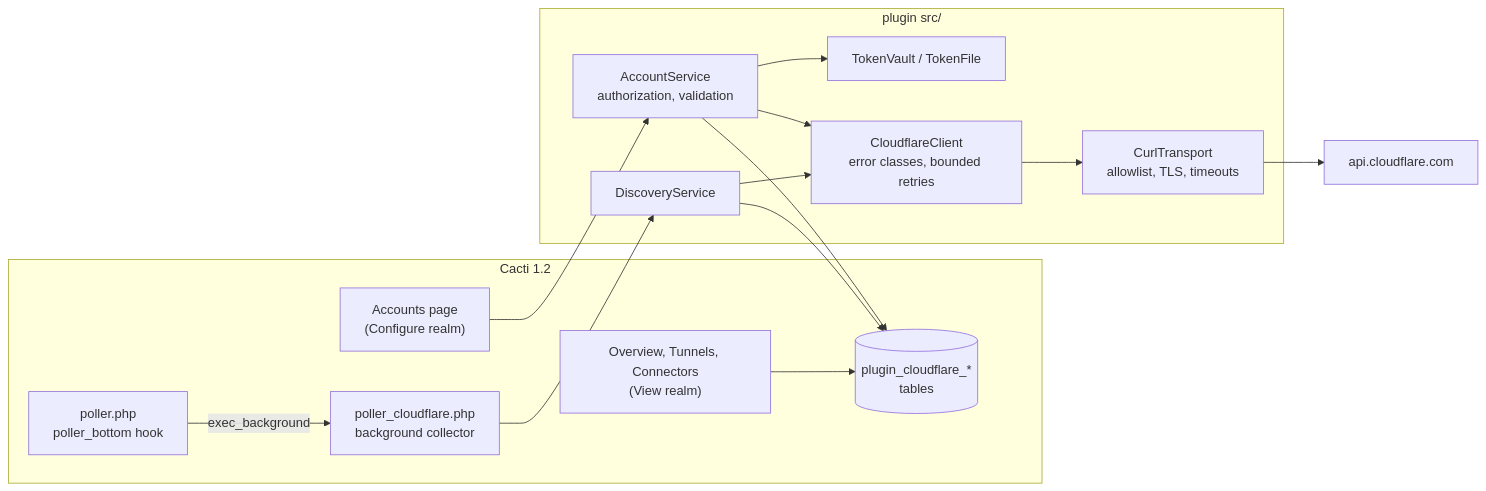
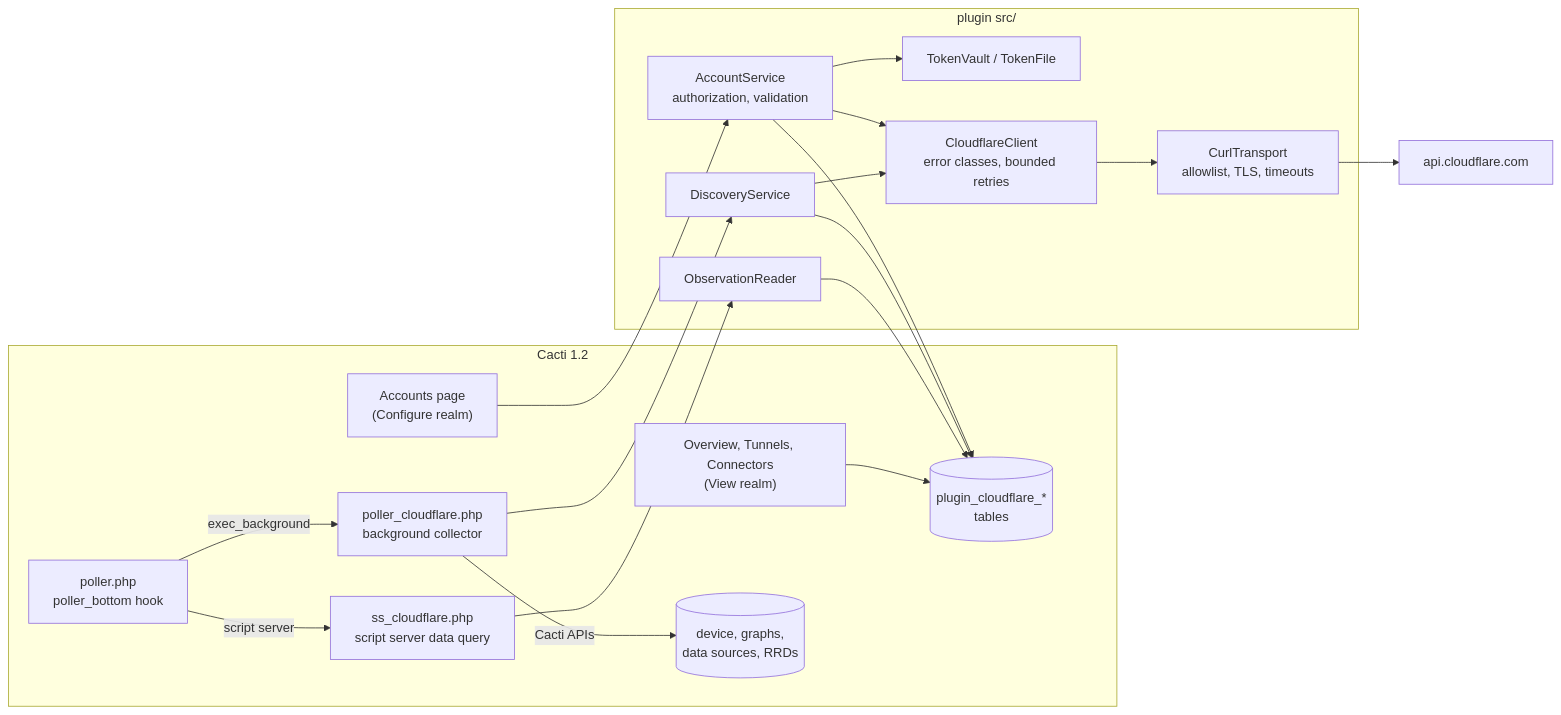
The diagram in README.md (somethingwithproof/plugin_cloudflare), drawn with Mermaid before and after one commit. The commit also changed other lines of this file and 83 other files, not shown here.

First line of the commit message:
feat: graph tunnel metrics in Cacti (#7)

````diff
--- a/README.md
+++ b/README.md
@@ -58,28 +67,33 @@
 ```mermaid
 flowchart LR
     subgraph Cacti["Cacti 1.2"]
         UI["Accounts page<br/>(Configure realm)"]
         Poller["poller.php<br/>poller_bottom hook"]
         Viewer["Overview, Tunnels, Connectors<br/>(View realm)"]
         Collector["poller_cloudflare.php<br/>background collector"]
+        SS["ss_cloudflare.php<br/>script server data query"]
+        Objects[("device, graphs,<br/>data sources, RRDs")]
         DB[("plugin_cloudflare_*<br/>tables")]
     end
     subgraph Plugin["plugin src/"]
         Svc["AccountService<br/>authorization, validation"]
         Vault["TokenVault / TokenFile"]
         Client["CloudflareClient<br/>error classes, bounded retries"]
         Transport["CurlTransport<br/>allowlist, TLS, timeouts"]
         Disc["DiscoveryService"]
+        Reader["ObservationReader"]
     end
     CF["api.cloudflare.com"]
 
     UI --> Svc
     Svc --> Vault
     Svc --> DB
     Svc --> Client
     Client --> Transport --> CF
     Viewer --> DB
     Poller -- "exec_background" --> Collector --> Disc
     Disc --> DB
     Disc --> Client
+    Collector -- "Cacti APIs" --> Objects
+    Poller -- "script server" --> SS --> Reader --> DB
 ```
````
